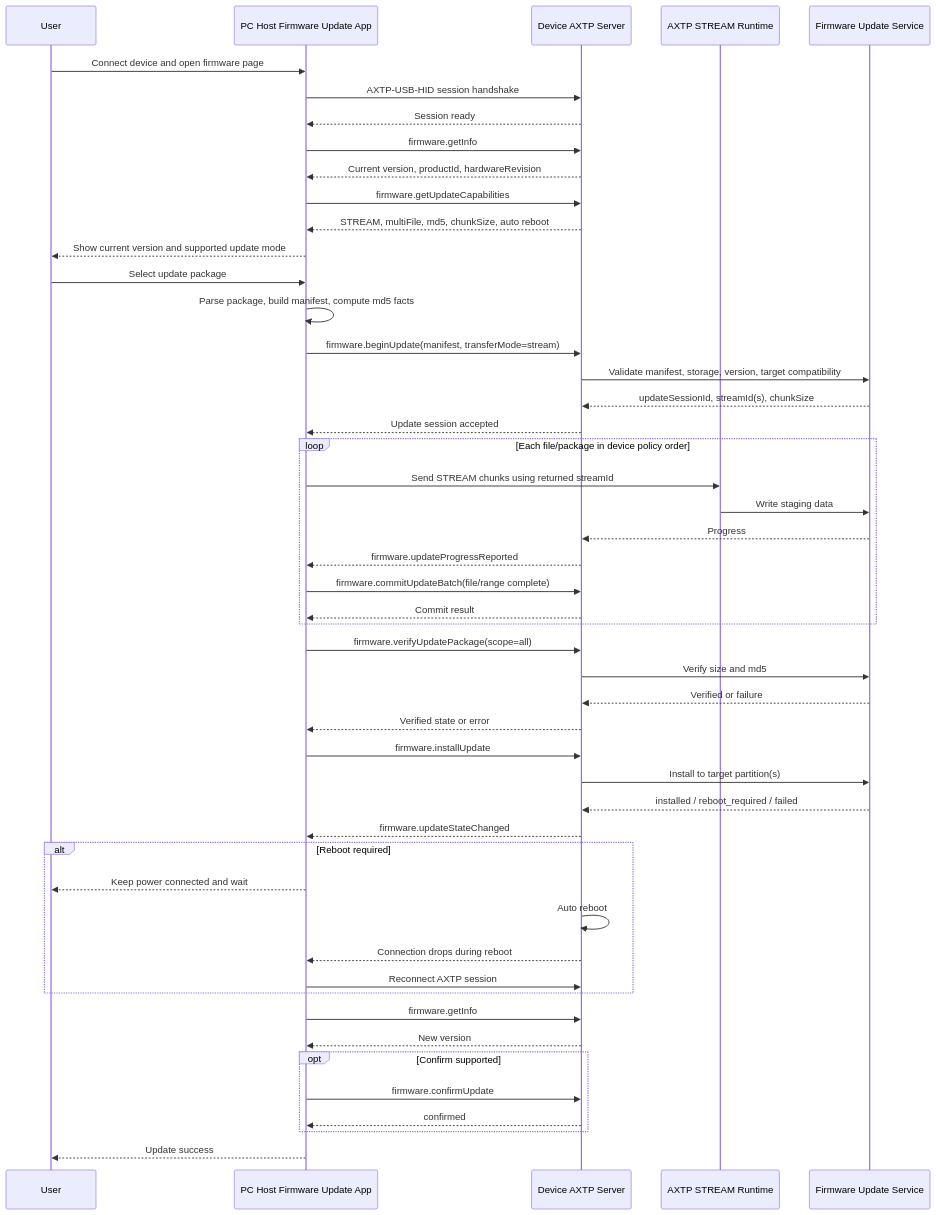
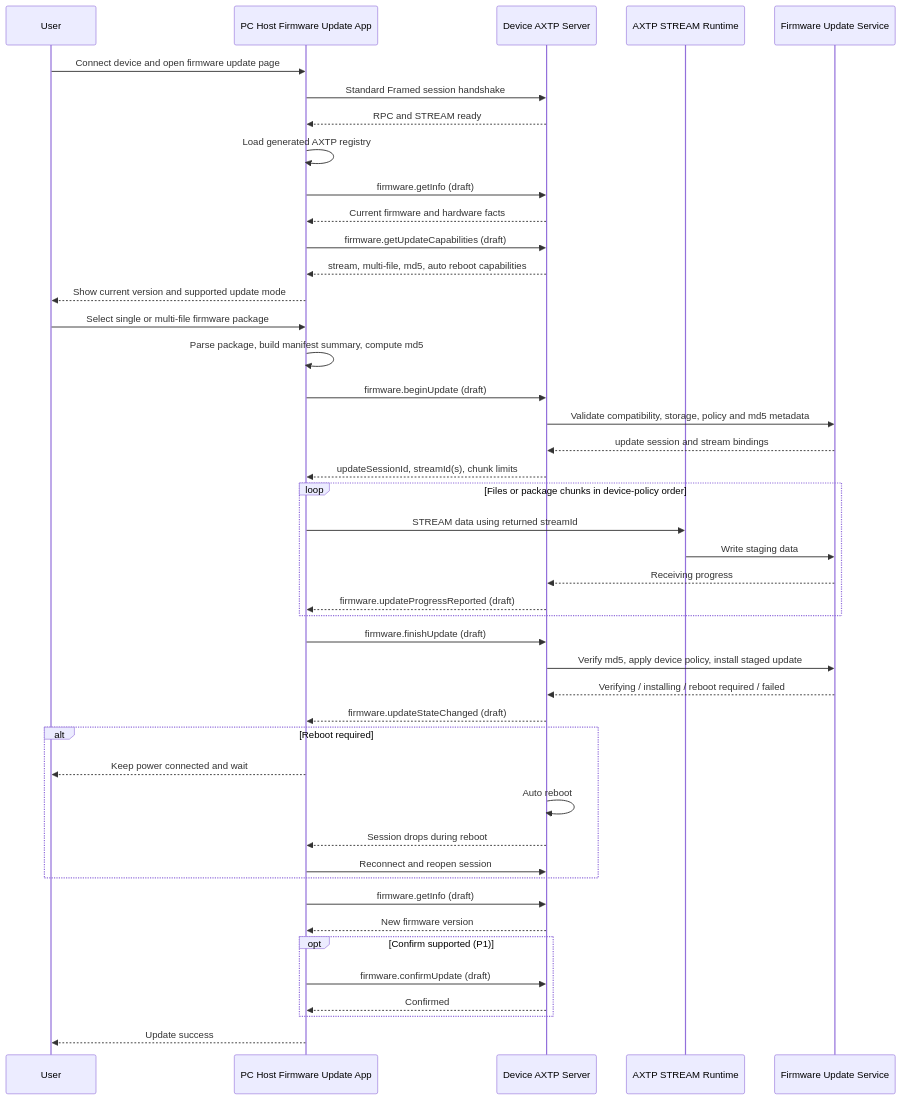
Before and after one commit to Mostorm-Labs/axtp: the diagram in docs/flows/device-firmware-update.md, drawn with Mermaid. The commit also changed other lines of this file and 1 other file, not shown here.

Commit message:
docs: simplify firmware update flow and draft

````diff
--- a/docs/flows/device-firmware-update.md
+++ b/docs/flows/device-firmware-update.md
@@ -125,58 +134,52 @@
 ```mermaid
 sequenceDiagram
     participant User
     participant Host as PC Host Firmware Update App
     participant Device as Device AXTP Server
     participant Stream as AXTP STREAM Runtime
     participant FW as Firmware Update Service
 
-    User->>Host: Connect device and open firmware page
-    Host->>Device: AXTP-USB-HID session handshake
-    Device-->>Host: Session ready
-    Host->>Device: firmware.getInfo
-    Device-->>Host: Current version, productId, hardwareRevision
-    Host->>Device: firmware.getUpdateCapabilities
-    Device-->>Host: STREAM, multiFile, md5, chunkSize, auto reboot
+    User->>Host: Connect device and open firmware update page
+    Host->>Device: Standard Framed session handshake
+    Device-->>Host: RPC and STREAM ready
+    Host->>Host: Load generated AXTP registry
+    Host->>Device: firmware.getInfo (draft)
+    Device-->>Host: Current firmware and hardware facts
+    Host->>Device: firmware.getUpdateCapabilities (draft)
+    Device-->>Host: stream, multi-file, md5, auto reboot capabilities
     Host-->>User: Show current version and supported update mode
 
-    User->>Host: Select update package
-    Host->>Host: Parse package, build manifest, compute md5 facts
-    Host->>Device: firmware.beginUpdate(manifest, transferMode=stream)
-    Device->>FW: Validate manifest, storage, version, target compatibility
-    FW-->>Device: updateSessionId, streamId(s), chunkSize
-    Device-->>Host: Update session accepted
+    User->>Host: Select single or multi-file firmware package
+    Host->>Host: Parse package, build manifest summary, compute md5
+    Host->>Device: firmware.beginUpdate (draft)
+    Device->>FW: Validate compatibility, storage, policy and md5 metadata
+    FW-->>Device: update session and stream bindings
+    Device-->>Host: updateSessionId, streamId(s), chunk limits
 
-    loop Each file/package in device policy order
-        Host->>Stream: Send STREAM chunks using returned streamId
+    loop Files or package chunks in device-policy order
+        Host->>Stream: STREAM data using returned streamId
         Stream->>FW: Write staging data
-        FW-->>Device: Progress
-        Device-->>Host: firmware.updateProgressReported
-        Host->>Device: firmware.commitUpdateBatch(file/range complete)
-        Device-->>Host: Commit result
+        FW-->>Device: Receiving progress
+        Device-->>Host: firmware.updateProgressReported (draft)
     end
 
-    Host->>Device: firmware.verifyUpdatePackage(scope=all)
-    Device->>FW: Verify size and md5
-    FW-->>Device: Verified or failure
-    Device-->>Host: Verified state or error
-
-    Host->>Device: firmware.installUpdate
-    Device->>FW: Install to target partition(s)
-    FW-->>Device: installed / reboot_required / failed
-    Device-->>Host: firmware.updateStateChanged
+    Host->>Device: firmware.finishUpdate (draft)
+    Device->>FW: Verify md5, apply device policy, install staged update
+    FW-->>Device: Verifying / installing / reboot required / failed
+    Device-->>Host: firmware.updateStateChanged (draft)
 
     alt Reboot required
         Host-->>User: Keep power connected and wait
         Device->>Device: Auto reboot
-        Device-->>Host: Connection drops during reboot
-        Host->>Device: Reconnect AXTP session
+        Device-->>Host: Session drops during reboot
+        Host->>Device: Reconnect and reopen session
     end
 
-    Host->>Device: firmware.getInfo
-    Device-->>Host: New version
-    opt Confirm supported
-        Host->>Device: firmware.confirmUpdate
-        Device-->>Host: confirmed
+    Host->>Device: firmware.getInfo (draft)
+    Device-->>Host: New firmware version
+    opt Confirm supported (P1)
+        Host->>Device: firmware.confirmUpdate (draft)
+        Device-->>Host: Confirmed
     end
     Host-->>User: Update success
 ```
````
